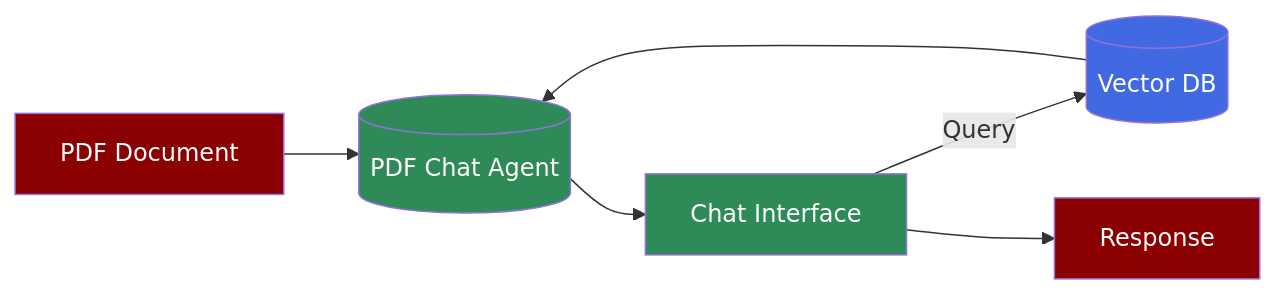
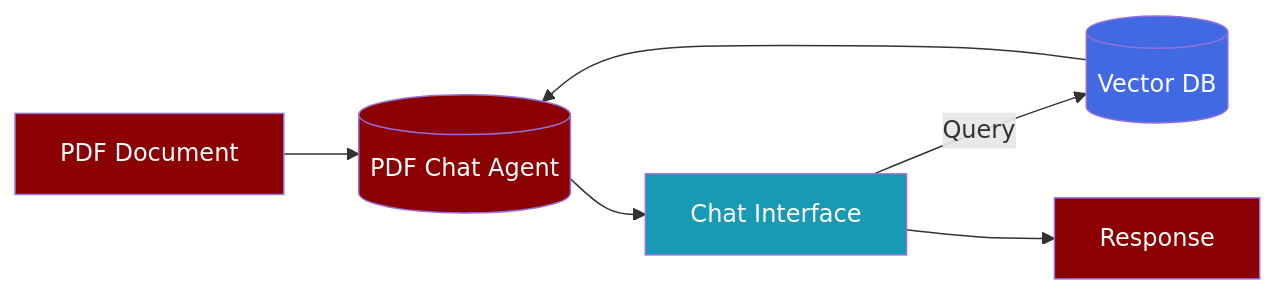
One commit to MervinPraison/PraisonAIDocs changed the first of 2 diagrams in docs/features/chat-with-pdf.mdx. Above: the diagram before and after it, drawn with Mermaid. The commit also changed other lines of this file and 10 other files, not shown here.

First line of the commit message:
docs: normalise §3.1 Mermaid palette in features + tools (fixes #1556)

````diff
--- a/docs/features/chat-with-pdf.mdx
+++ b/docs/features/chat-with-pdf.mdx
@@ -23,20 +23,20 @@
 ```mermaid
 flowchart LR
     PDF[PDF Document] --> PDFAgent[("PDF Chat Agent")]
     VDB[(Vector DB)] --> PDFAgent
     PDFAgent --> Chat[Chat Interface]
     Chat --> |Query| VDB
     Chat --> Out[Response]
     
     style PDF fill:#8B0000,color:#fff
-    style PDFAgent fill:#2E8B57,color:#fff,shape:circle
+    style PDFAgent fill:#8B0000,color:#fff,shape:circle
     style VDB fill:#4169E1,color:#fff,shape:cylinder
-    style Chat fill:#2E8B57,color:#fff
+    style Chat fill:#189AB4,color:#fff
     style Out fill:#8B0000,color:#fff
     classDef agent fill:#8B0000,stroke:#7C90A0,color:#fff
     classDef tool fill:#189AB4,stroke:#7C90A0,color:#fff
     classDef success fill:#10B981,stroke:#7C90A0,color:#fff
     class A,D agent
     class B,C tool
 
 ```
````
